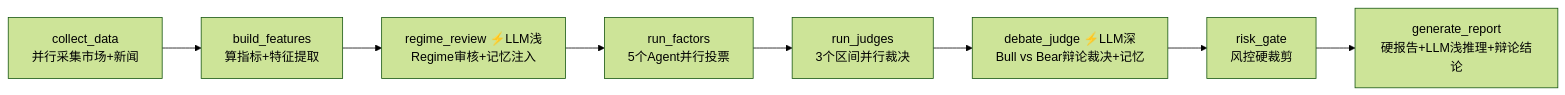
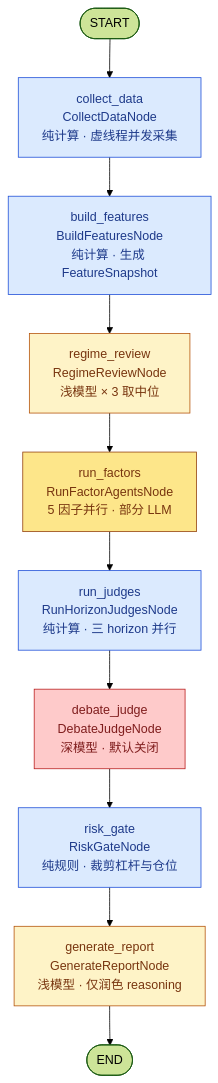
Before and after one commit to mamawai/wtfibought: the second of 4 diagrams in docs/Quantitative analysis.md, drawn with Mermaid (forest theme). The commit also changed other lines of this file, not shown here.

````diff
--- a/docs/Quantitative analysis.md
+++ b/docs/Quantitative analysis.md
@@ -205,10 +139,22 @@
 ```mermaid
-flowchart LR
-    A["collect_data<br/>并行采集市场+新闻"] --> B["build_features<br/>算指标+特征提取"]
-    B --> B2["regime_review ⚡LLM浅<br/>Regime审核+记忆注入"]
-    B2 --> C["run_factors<br/>5个Agent并行投票"]
-    C --> D["run_judges<br/>3个区间并行裁决"]
-    D --> D2["debate_judge ⚡LLM深<br/>Bull vs Bear辩论裁决+记忆"]
-    D2 --> E["risk_gate<br/>风控硬裁剪"]
-    E --> F["generate_report<br/>硬报告+LLM浅推理+辩论结论"]
+flowchart TB
+    START([START]) --> N1
+    N1["collect_data<br/>CollectDataNode<br/>纯计算 · 虚线程并发采集"]
+    N2["build_features<br/>BuildFeaturesNode<br/>纯计算 · 生成 FeatureSnapshot"]
+    N3["regime_review<br/>RegimeReviewNode<br/>浅模型 × 3 取中位"]
+    N4["run_factors<br/>RunFactorAgentsNode<br/>5 因子并行 · 部分 LLM"]
+    N5["run_judges<br/>RunHorizonJudgesNode<br/>纯计算 · 三 horizon 并行"]
+    N6["debate_judge<br/>DebateJudgeNode<br/>深模型 · 默认关闭"]
+    N7["risk_gate<br/>RiskGateNode<br/>纯规则 · 裁剪杠杆与仓位"]
+    N8["generate_report<br/>GenerateReportNode<br/>浅模型 · 仅润色 reasoning"]
+    N1 --> N2 --> N3 --> N4 --> N5 --> N6 --> N7 --> N8 --> END([END])
+
+    classDef pure fill:#dbeafe,stroke:#1d4ed8,color:#1e3a8a
+    classDef shallow fill:#fef3c7,stroke:#b45309,color:#78350f
+    classDef deep fill:#fecaca,stroke:#b91c1c,color:#7f1d1d
+    classDef mixed fill:#fde68a,stroke:#92400e,color:#78350f
+    class N1,N2,N5,N7 pure
+    class N3,N8 shallow
+    class N4 mixed
+    class N6 deep
 ```
````
